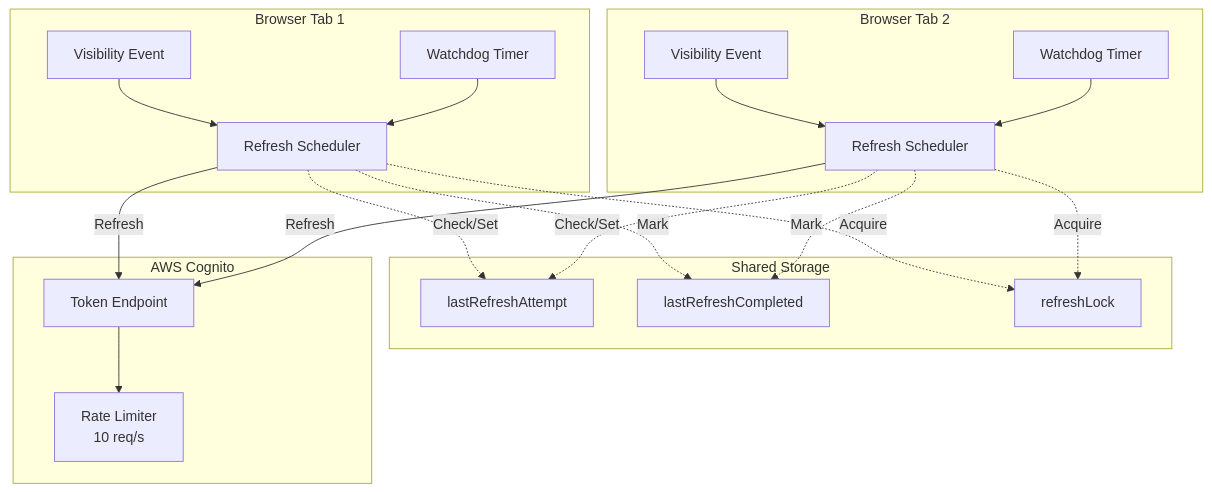
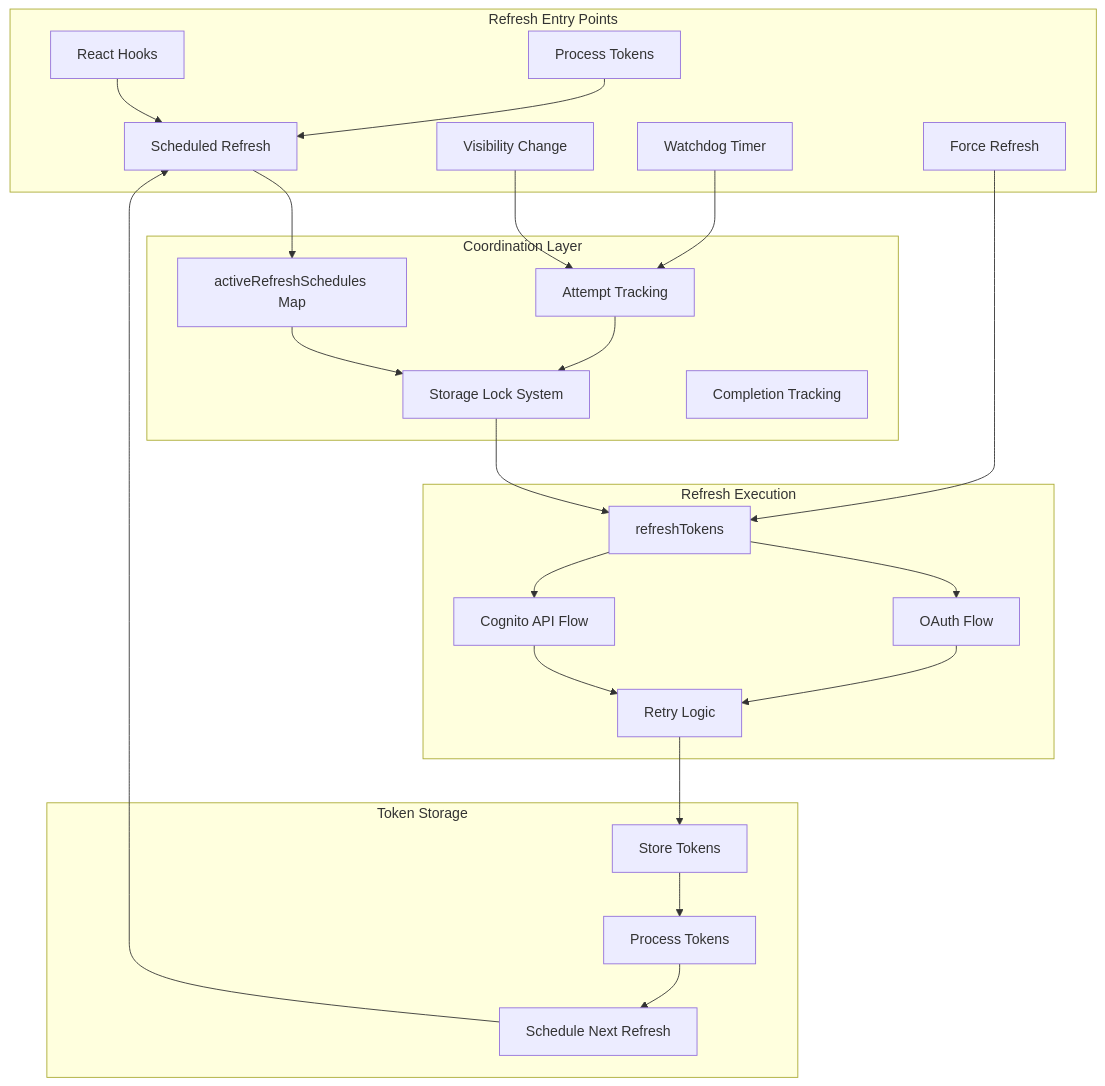
One commit to joinmeow/amazon-cognito-passwordless-auth changed the first of 2 diagrams in REFRESH.md. Above: the diagram before and after it, drawn with Mermaid. The commit also changed other lines of this file and 38 other files, not shown here.

First line of the commit message:
Fix critical bug: expired tokens preventing refresh

````diff
--- a/REFRESH.md
+++ b/REFRESH.md
@@ -9,42 +9,52 @@
 ```mermaid
 graph TB
-    subgraph "Browser Tab 1"
-        VE1[Visibility Event]
-        WD1[Watchdog Timer]
-        RS1[Refresh Scheduler]
+    subgraph "Refresh Entry Points"
+        A1[Scheduled Refresh]
+        A2[Visibility Change]
+        A3[Watchdog Timer]
+        A4[Force Refresh]
+        A5[React Hooks]
+        A6[Process Tokens]
     end
 
-    subgraph "Browser Tab 2"
-        VE2[Visibility Event]
-        WD2[Watchdog Timer]
-        RS2[Refresh Scheduler]
+    subgraph "Coordination Layer"
+        B1[activeRefreshSchedules Map]
+        B2[Storage Lock System]
+        B3[Attempt Tracking]
+        B4[Completion Tracking]
     end
 
-    subgraph "Shared Storage"
-        LA[lastRefreshAttempt]
-        LC[lastRefreshCompleted]
-        RL[refreshLock]
+    subgraph "Refresh Execution"
+        C1[refreshTokens]
+        C2[OAuth Flow]
+        C3[Cognito API Flow]
+        C4[Retry Logic]
     end
 
-    subgraph "AWS Cognito"
-        TE[Token Endpoint]
-        RL2[Rate Limiter<br/>10 req/s]
+    subgraph "Token Storage"
+        D1[Store Tokens]
+        D2[Process Tokens]
+        D3[Schedule Next Refresh]
     end
 
-    VE1 --> RS1
-    WD1 --> RS1
-    VE2 --> RS2
-    WD2 --> RS2
+    A1 --> B1
+    A2 --> B3
+    A3 --> B3
+    A4 --> C1
+    A5 --> A1
+    A6 --> A1
 
-    RS1 -.->|Check/Set| LA
-    RS2 -.->|Check/Set| LA
-    RS1 -.->|Acquire| RL
-    RS2 -.->|Acquire| RL
+    B1 --> B2
+    B3 --> B2
+    B2 --> C1
 
-    RS1 -->|Refresh| TE
-    RS2 -->|Refresh| TE
-    TE --> RL2
+    C1 --> C2
+    C1 --> C3
+    C2 --> C4
+    C3 --> C4
 
-    RS1 -.->|Mark| LC
-    RS2 -.->|Mark| LC
+    C4 --> D1
+    D1 --> D2
+    D2 --> D3
+    D3 --> A1
 ```
````
